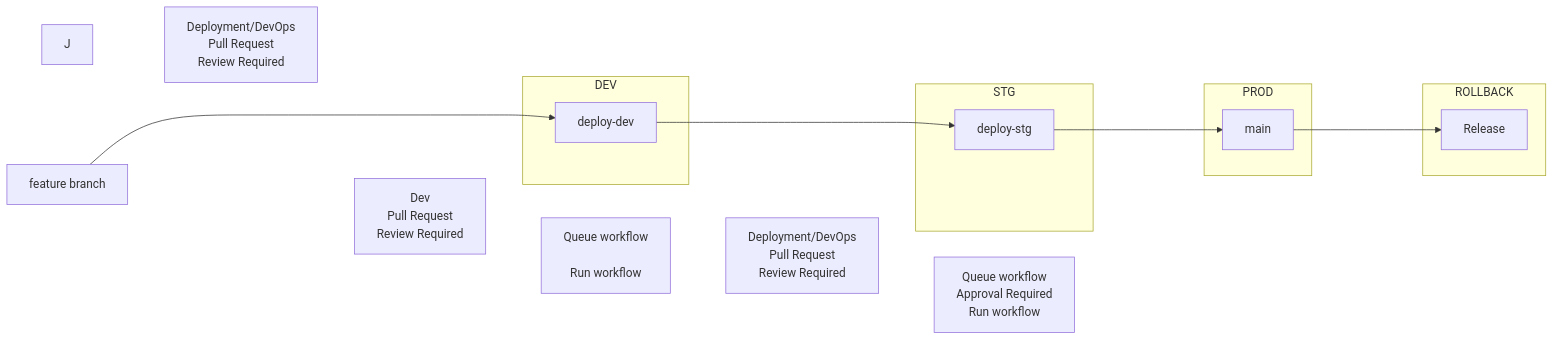
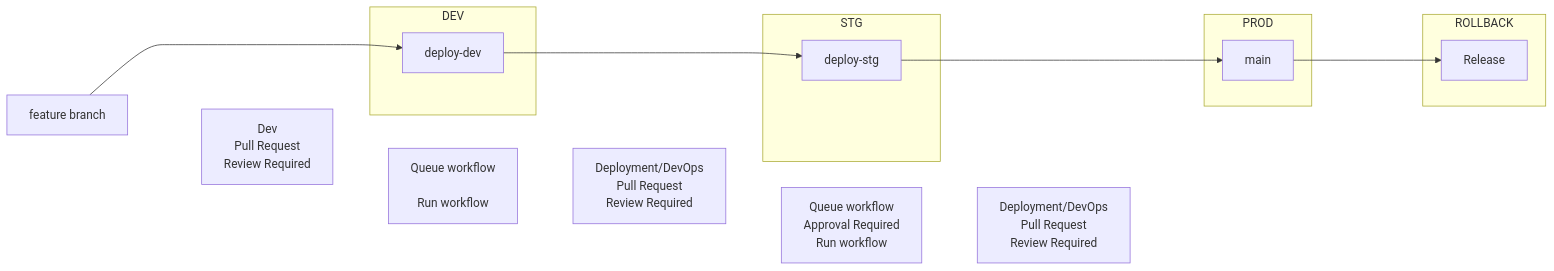
One commit to fritzramos-gf/Workflows changed the diagram in Gates-Workflow.md. Above: the diagram before and after it, drawn with Mermaid.

Commit message:
Update connection in Gates-Workflow diagram

````diff
--- a/Gates-Workflow.md
+++ b/Gates-Workflow.md
@@ -1,38 +1,38 @@
 ```mermaid
 flowchart LR
     A[feature branch] ----> B
     A ~~~ C["Dev\nPull Request\nReview Required"]
     C ~~~ B
     subgraph DEV
         B[deploy-dev]
     end
      C ~~~ G["Queue workflow
         \nRun workflow"]
 
     B ---> D
     G ~~~ H["Deployment/DevOps\nPull Request\nReview Required"]
     H ~~~ D
     subgraph STG
         D[deploy-stg]
     end
     D ----> E
     H ~~~ I["Queue workflow\nApproval Required\nRun workflow"]
     subgraph PROD
         E[main]
     end
     E ----> F
-    J ~~~ K["Deployment/DevOps\nPull Request\nReview Required"]
+    I ~~~ J["Deployment/DevOps\nPull Request\nReview Required"] 
     subgraph ROLLBACK
         F[Release]
     end
 
 
 
 
 
 
 
 
 
 
 ```
````
